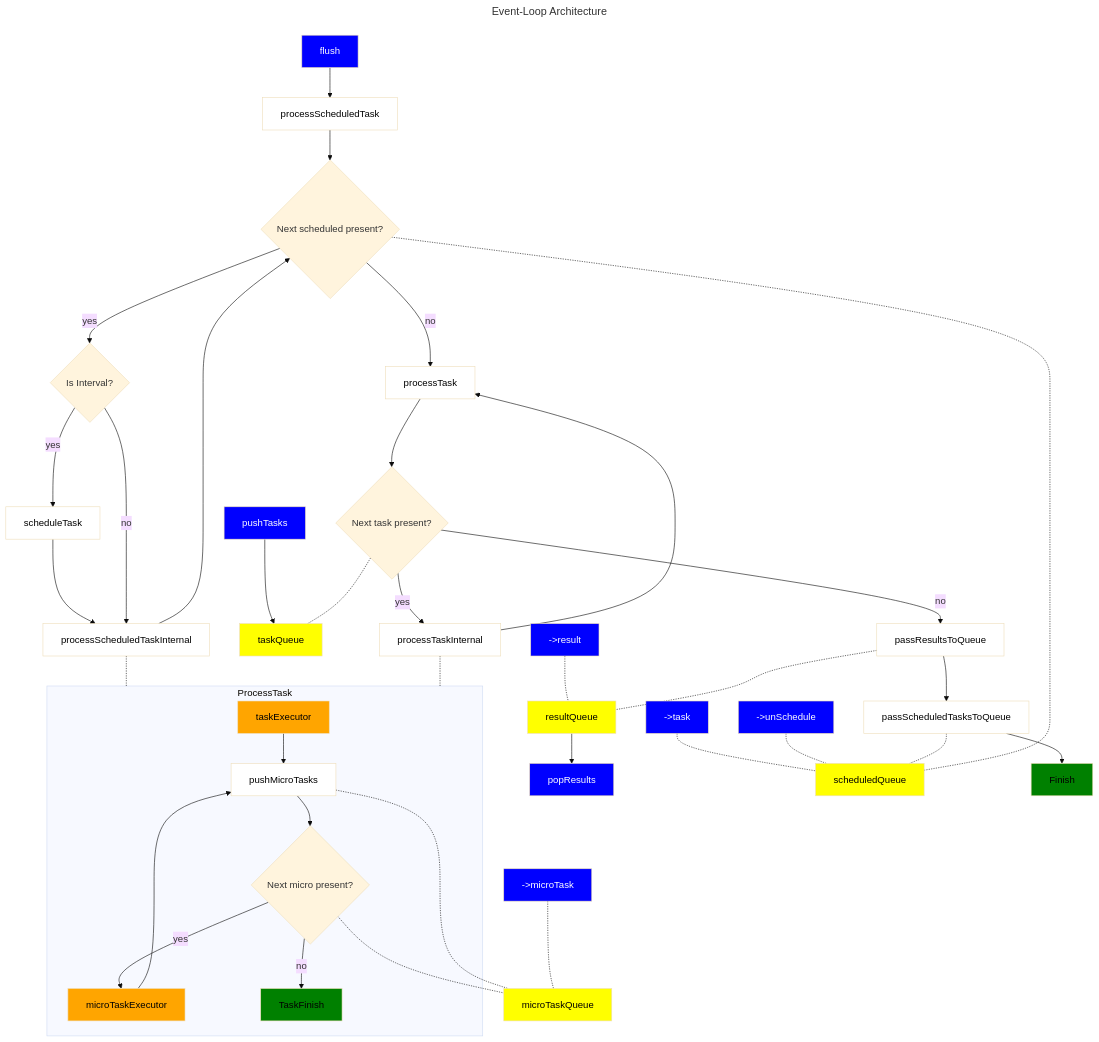
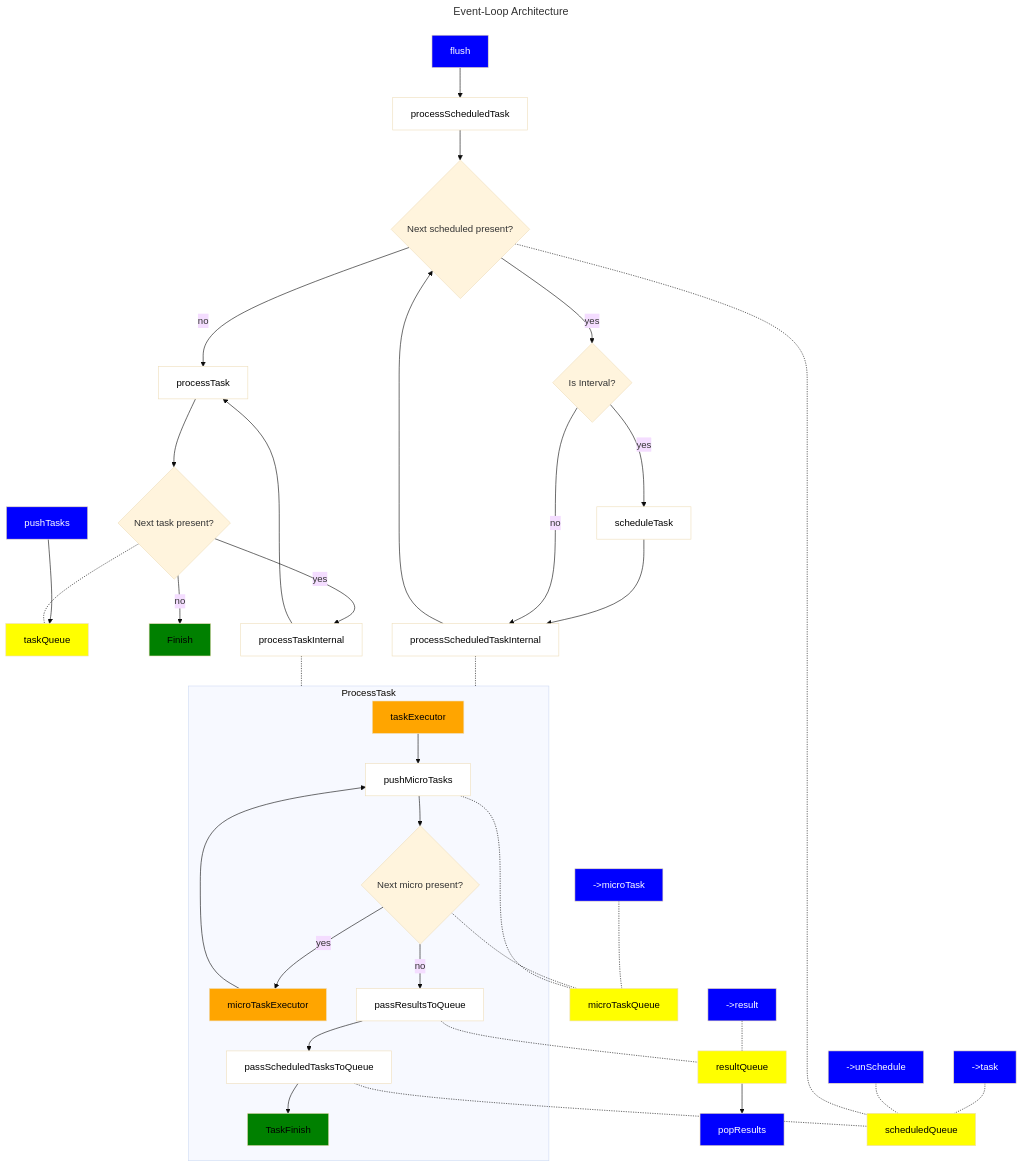
Before and after one commit to czlowiek488/OdinBasePack: the diagram in README.md, drawn with Mermaid (base theme). The commit also changed other lines of this file and 1 other file, not shown here.

Commit message:
feat: update mermaid diagram

````diff
--- a/README.md
+++ b/README.md
@@ -72,9 +72,7 @@
    processTask --> nextTaskPresent
    nextTaskPresent -->|yes| processTaskInternal
    processTaskInternal --> processTask
-   nextTaskPresent -->|no| passResultsToQueue
-   passResultsToQueue --> passScheduledTasksToQueue
-   passScheduledTasksToQueue --> Finish
+   nextTaskPresent -->|no| Finish 
 
    task -.- scheduledQueue
    unSchedule -.- scheduledQueue
@@ -94,7 +92,9 @@
       taskExecutor --> pushMicroTasks
       pushMicroTasks --> nextMicroTaskPresent
       nextMicroTaskPresent -->|yes| microTaskExecutor
-      nextMicroTaskPresent -->|no| TaskFinish
+      nextMicroTaskPresent -->|no| passResultsToQueue
+      passResultsToQueue --> passScheduledTasksToQueue
+      passScheduledTasksToQueue --> TaskFinish
       microTaskExecutor --> pushMicroTasks
    end
 ```
````
